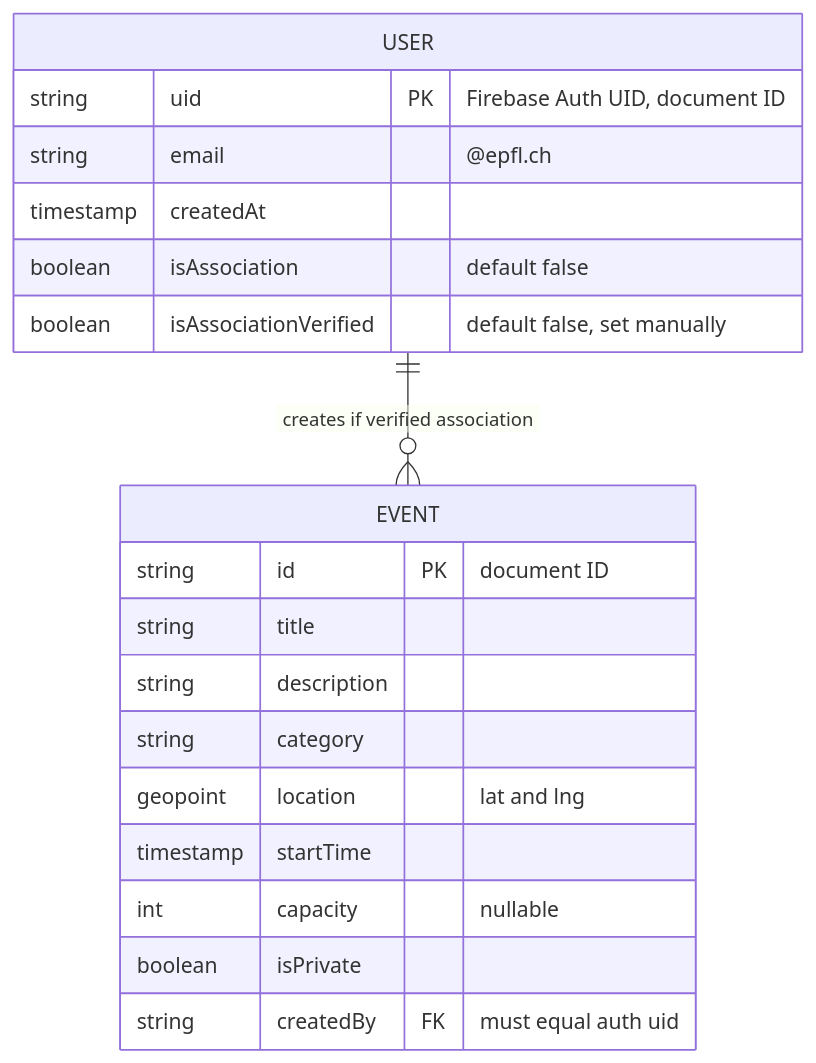
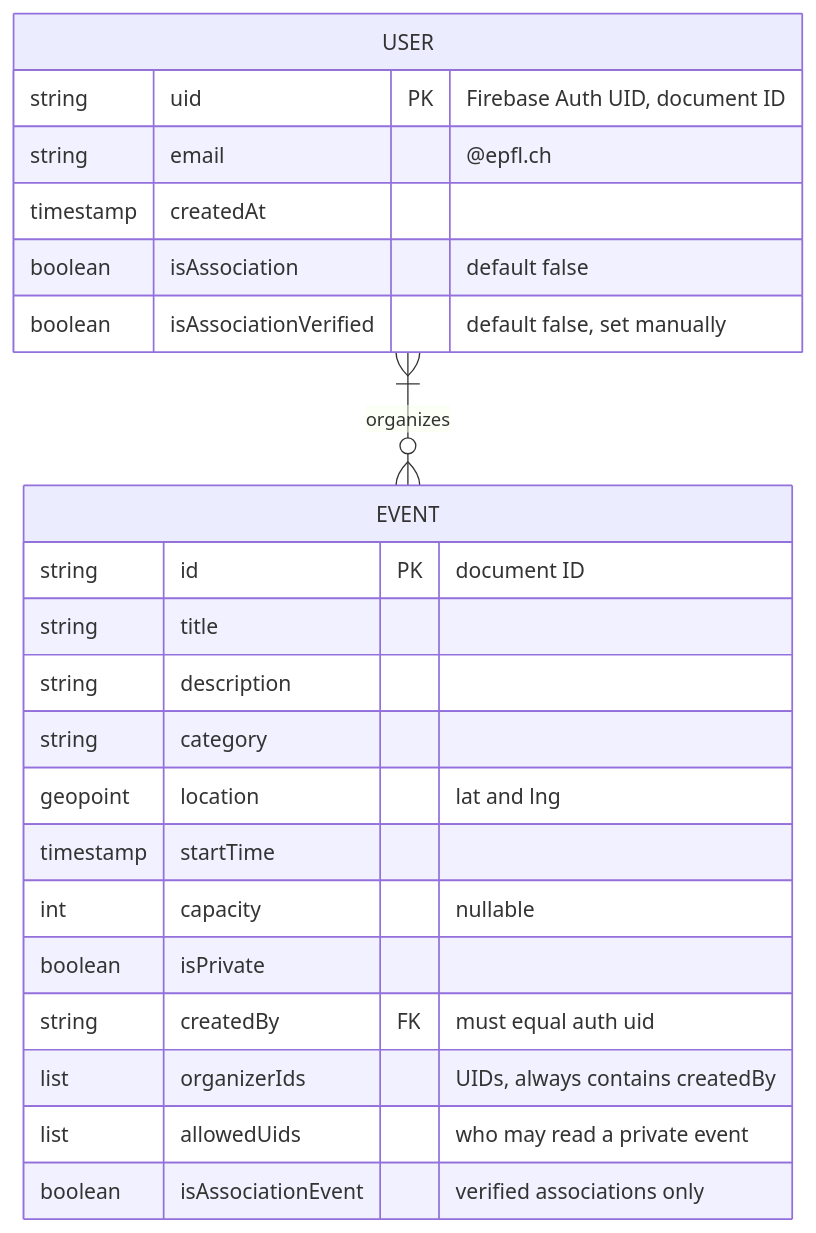
One commit to swent-polysocial/PolySocial changed the tenth of 11 diagrams in docs/Architecture-Diagram.md. Above: the diagram before and after it, drawn with Mermaid. The commit also changed other lines of this file, not shown here.

First line of the commit message:
docs: apply design decisions to architecture page

````diff
--- a/docs/Architecture-Diagram.md
+++ b/docs/Architecture-Diagram.md
@@ -506,22 +512,25 @@
 ```mermaid
 erDiagram
-  USER ||--o{ EVENT : "creates if verified association"
+  USER }|--o{ EVENT : "organizes"
   USER {
     string uid PK "Firebase Auth UID, document ID"
     string email "@epfl.ch"
     timestamp createdAt
     boolean isAssociation "default false"
     boolean isAssociationVerified "default false, set manually"
   }
   EVENT {
     string id PK "document ID"
     string title
     string description
     string category
     geopoint location "lat and lng"
     timestamp startTime
     int capacity "nullable"
     boolean isPrivate
     string createdBy FK "must equal auth uid"
+    list organizerIds "UIDs, always contains createdBy"
+    list allowedUids "who may read a private event"
+    boolean isAssociationEvent "verified associations only"
   }
 ```
````
